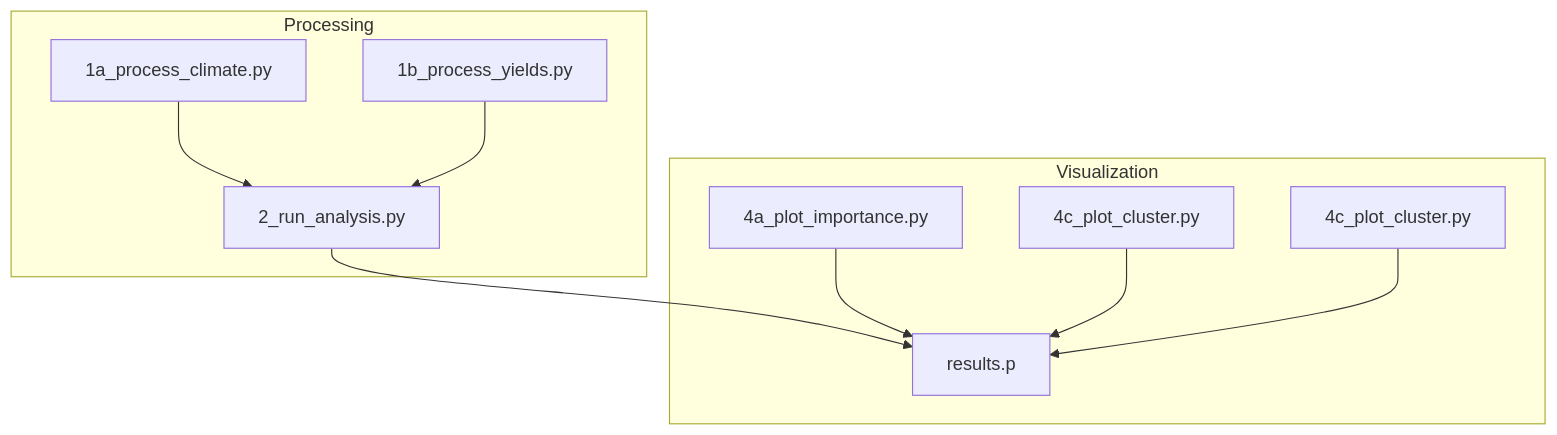
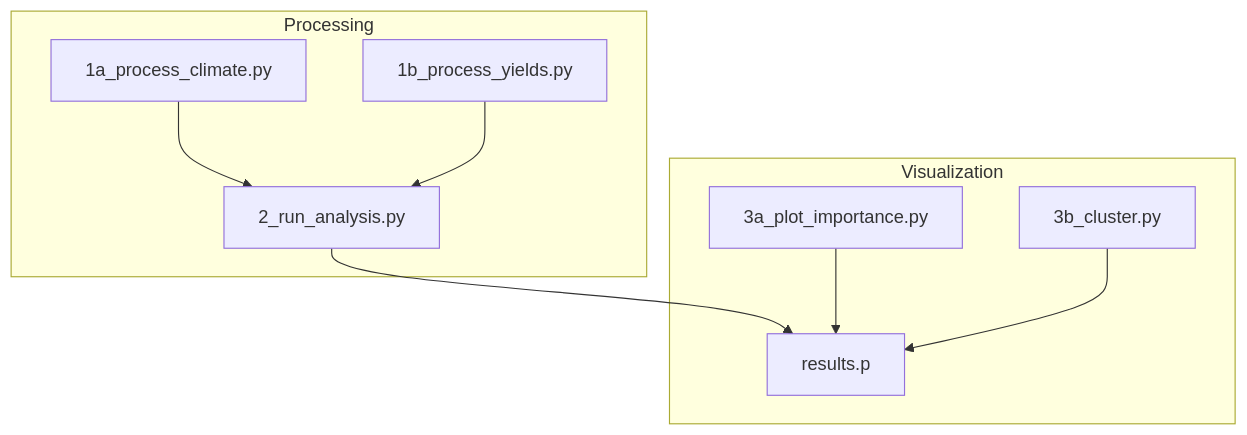
Before and after one commit to iiasa/ggcm-feature-importance: the diagram in README.md, drawn with Mermaid.

Commit message:
Adapted diagram in README.md

````diff
--- a/README.md
+++ b/README.md
@@ -11,13 +11,12 @@
 ```mermaid
 flowchart TD;
     subgraph Processing;
-    1[1a_process_climate.py]-->3[2_run_analysis.py];
-    2[1b_process_yields.py]-->3;
+    1a[1a_process_climate.py]-->2[2_run_analysis.py];
+    1b[1b_process_yields.py]-->2;
     end;
     subgraph Visualization;
-    3-->3a[results.p]
-    4a[4a_plot_importance.py]-->3a;
-    4b[4c_plot_cluster.py]-->3a;
-    4c[4c_plot_cluster.py]-->3a;
+    2-->2a[results.p]
+    3a[3a_plot_importance.py]-->2a;
+    3b[3b_cluster.py]-->2a;
     end;
 ```
````
